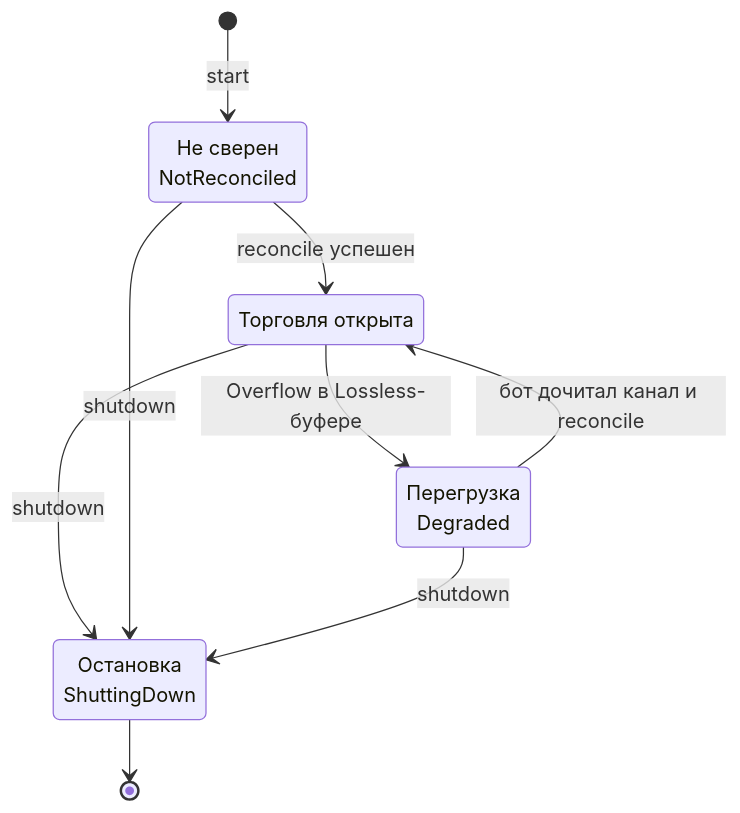
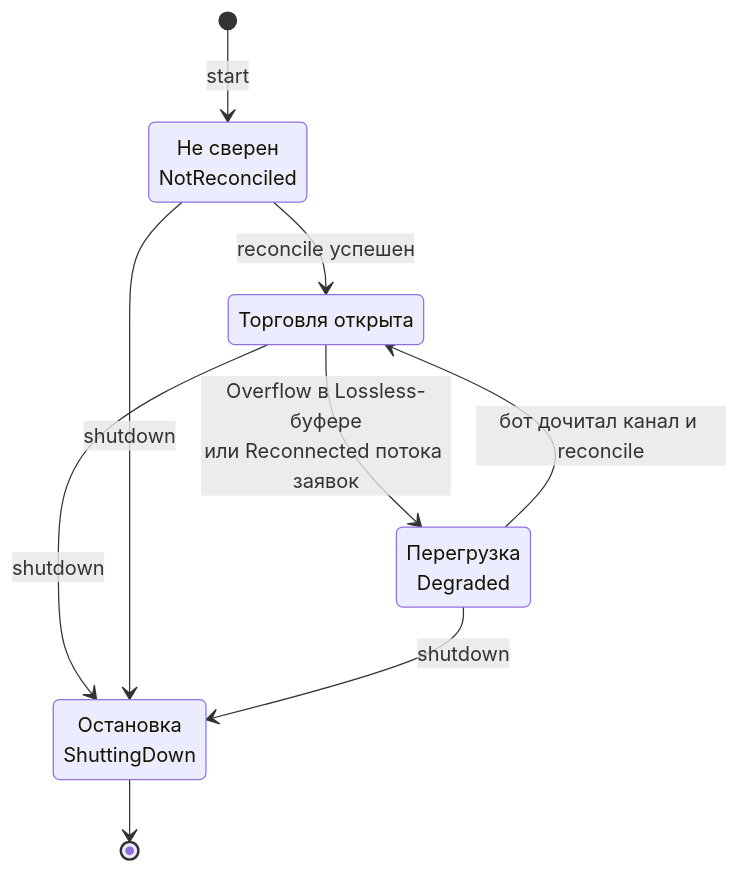
The fifth of 5 diagrams in docs/src/architecture.md (runinfra/brokapi), drawn with Mermaid before and after one commit. The commit also changed other lines of this file and 80 other files, not shown here.

````diff
--- a/docs/src/architecture.md
+++ b/docs/src/architecture.md
@@ -180,15 +180,15 @@
 ```mermaid
 stateDiagram-v2
   state "Не сверен<br>NotReconciled" as NR
   state "Торговля открыта" as OPEN
   state "Перегрузка<br>Degraded" as DEG
   state "Остановка<br>ShuttingDown" as SD
   [*] --> NR: start
   NR --> OPEN: reconcile успешен
-  OPEN --> DEG: Overflow в Lossless-буфере
+  OPEN --> DEG: Overflow в Lossless-буфере<br>или Reconnected потока заявок
   DEG --> OPEN: бот дочитал канал и reconcile
   OPEN --> SD: shutdown
   NR --> SD: shutdown
   DEG --> SD: shutdown
   SD --> [*]
 ```
````
